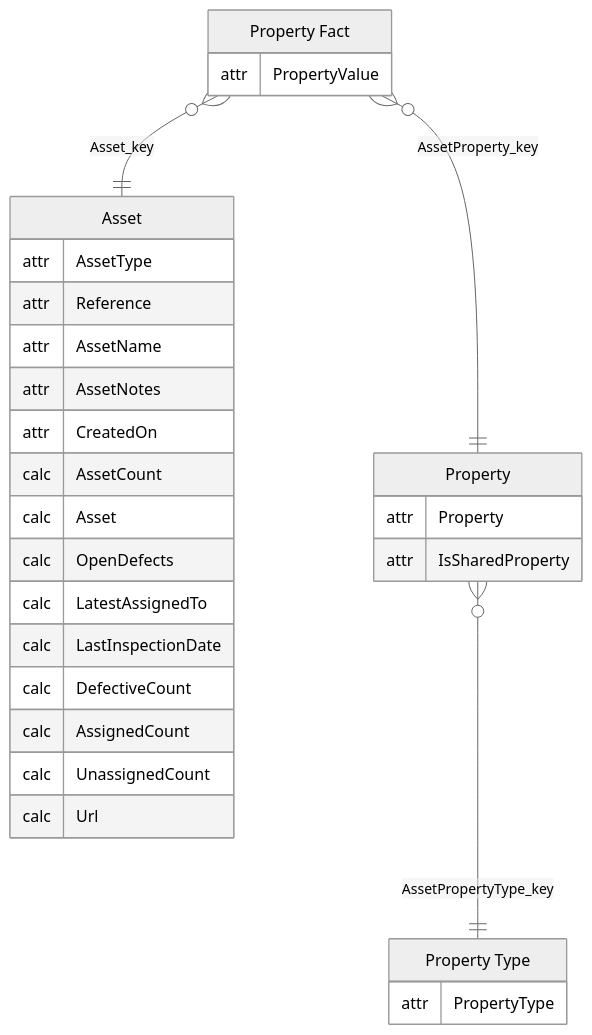
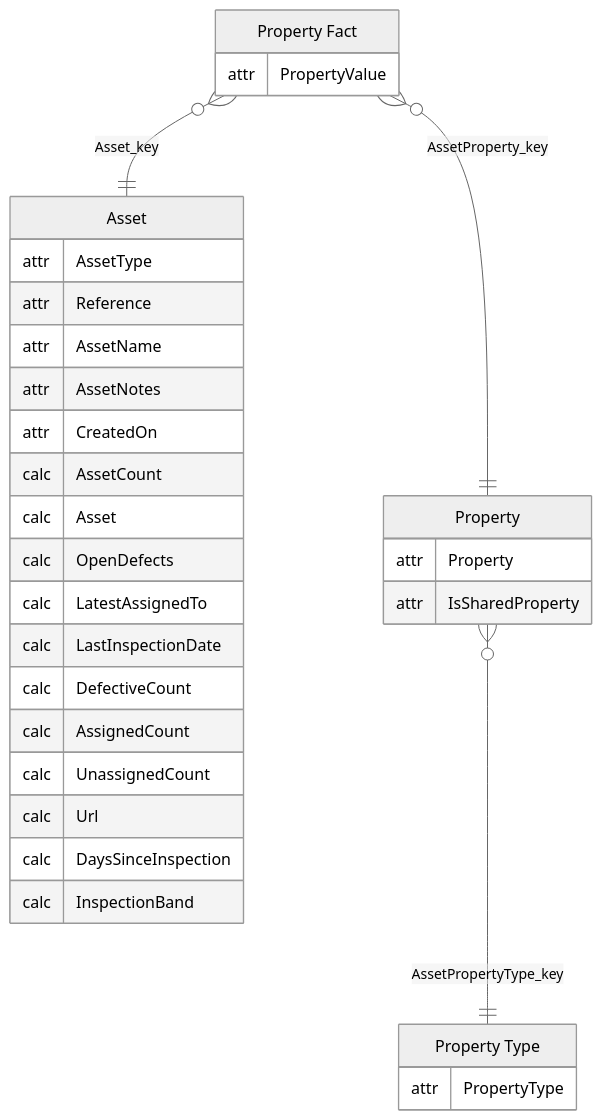
Before and after one commit to adrian-work-wallet/BIClient: the third of 15 diagrams in PowerBISamplesModels/Assets.md, drawn with Mermaid. The commit also changed other lines of this file and 158 other files, not shown here.

````diff
--- a/PowerBISamplesModels/Assets.md
+++ b/PowerBISamplesModels/Assets.md
@@ -87,36 +91,38 @@
 ```mermaid
 ---
 config:
   theme: neutral
 ---
 erDiagram
     "Asset" {
         attr AssetType
         attr Reference
         attr AssetName
         attr AssetNotes
         attr CreatedOn
         calc AssetCount
         calc Asset
         calc OpenDefects
         calc LatestAssignedTo
         calc LastInspectionDate
         calc DefectiveCount
         calc AssignedCount
         calc UnassignedCount
         calc Url
+        calc DaysSinceInspection
+        calc InspectionBand
     }
     "Property Fact" {
         attr PropertyValue
     }
     "Property" {
         attr Property
         attr IsSharedProperty
     }
     "Property Type" {
         attr PropertyType
     }
     "Property" }o--|| "Property Type" : "AssetPropertyType_key"
     "Property Fact" }o--|| "Asset" : "Asset_key"
     "Property Fact" }o--|| "Property" : "AssetProperty_key"
 ```
````
